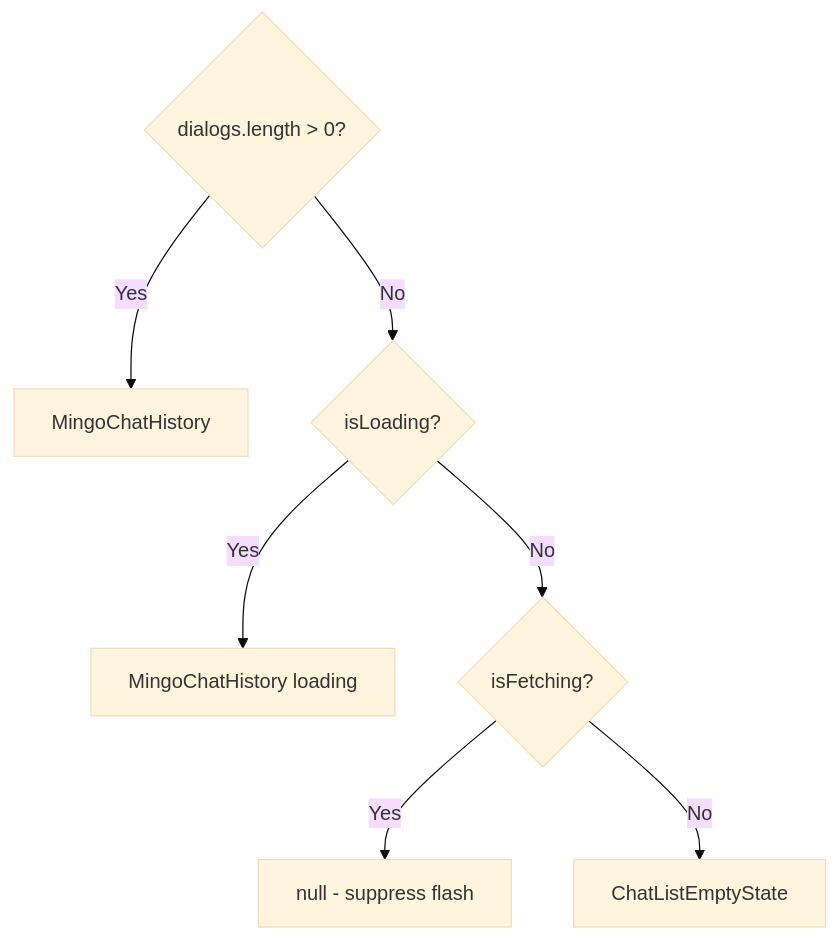
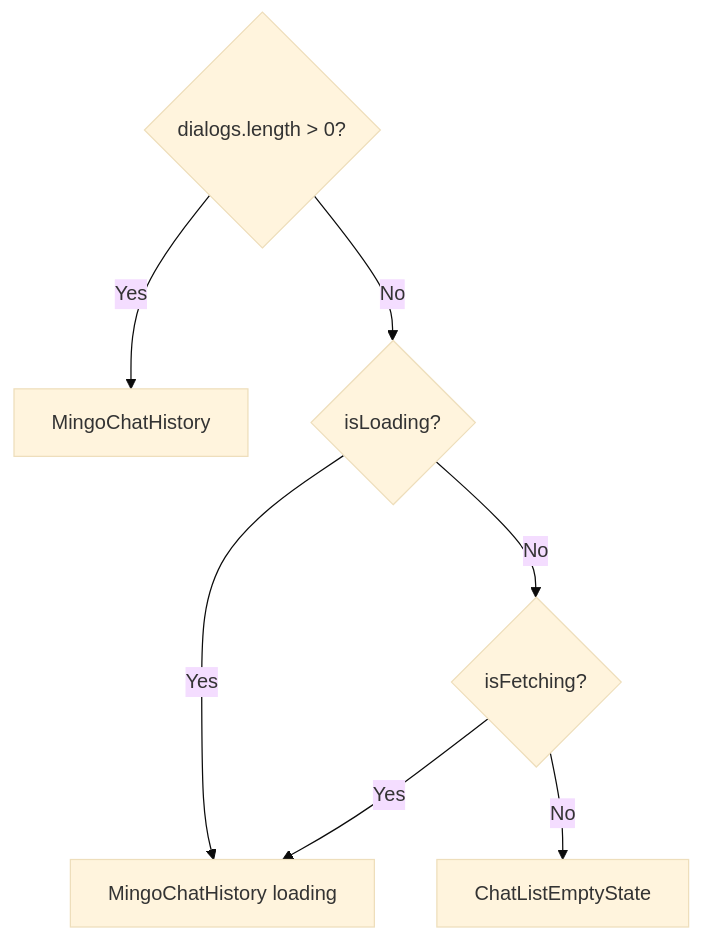
The diagram in openframe-frontend-core/src/components/chat/.chat-archive-page.md (flamingo-stack/openframe-oss-lib), drawn with Mermaid (base theme) before and after one commit. The commit also changed 110 other files, not shown here.

````diff
--- a/openframe-frontend-core/src/components/chat/.chat-archive-page.md
+++ b/openframe-frontend-core/src/components/chat/.chat-archive-page.md
@@ -48,9 +48,9 @@
 ```mermaid
 graph TD
     A{dialogs.length > 0?} -->|Yes| B[MingoChatHistory]
     A -->|No| C{isLoading?}
     C -->|Yes| D[MingoChatHistory loading]
     C -->|No| E{isFetching?}
-    E -->|Yes| F[null - suppress flash]
+    E -->|Yes| D
     E -->|No| G[ChatListEmptyState]
 ```
````
